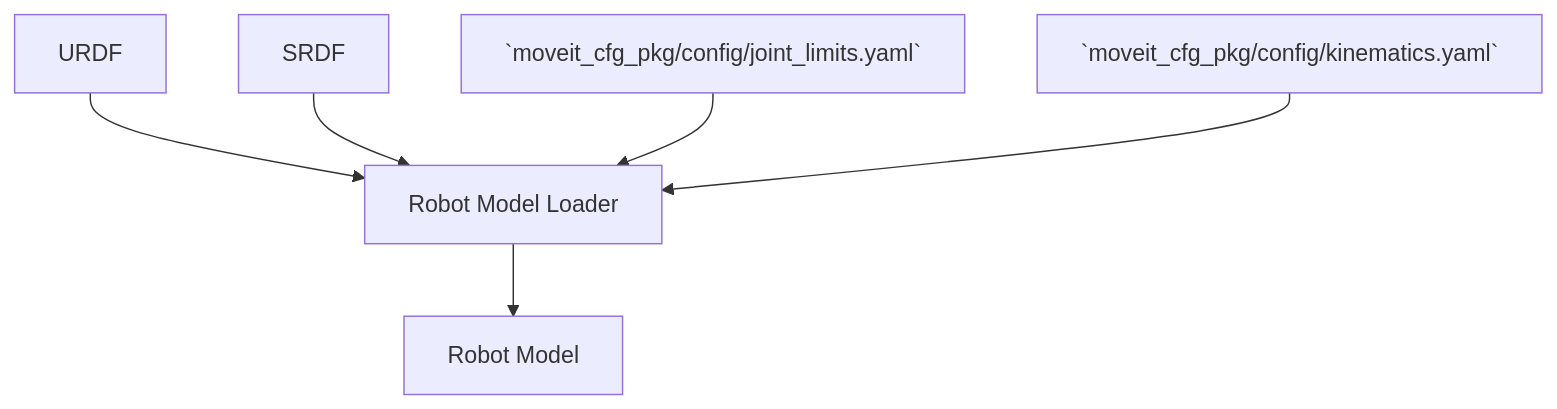
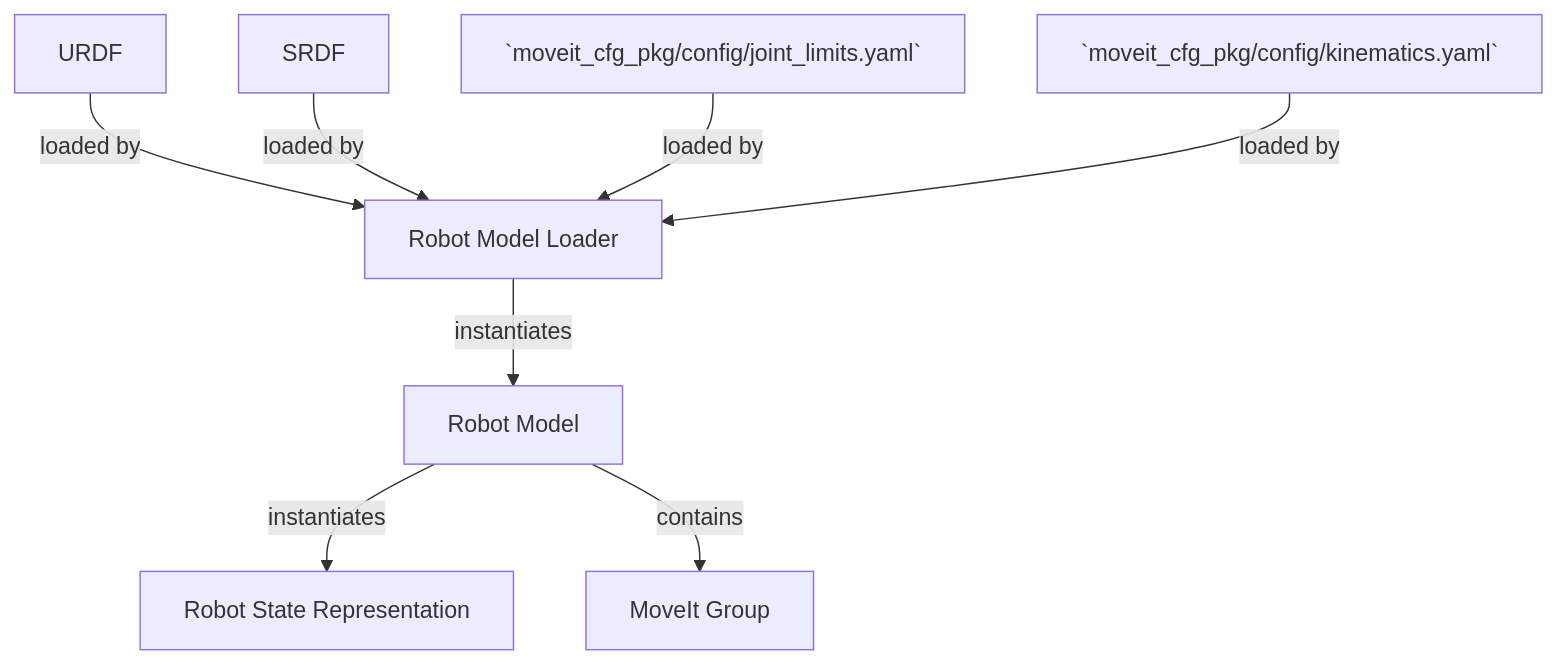
The diagram in 01_robot_model_and_kinematics/readme.md (rafaelrojasmiliani/moveit_tutorial), drawn with Mermaid before and after one commit. The commit also changed other lines of this file and 2 other files, not shown here.

````diff
--- a/01_robot_model_and_kinematics/readme.md
+++ b/01_robot_model_and_kinematics/readme.md
@@ -24,8 +25,10 @@
 ```mermaid
 graph TD;
-    URDF --> RML[Robot Model Loader];
-    SRDF --> RML;
-    J[`moveit_cfg_pkg/config/joint_limits.yaml`] --> RML;
-    K[`moveit_cfg_pkg/config/kinematics.yaml`] --> RML;
-    RML --> RM[Robot Model];
+    URDF -- loaded by --> RML[Robot Model Loader];
+    SRDF -- loaded by --> RML;
+    J[`moveit_cfg_pkg/config/joint_limits.yaml`] -- loaded by --> RML;
+    K[`moveit_cfg_pkg/config/kinematics.yaml`] -- loaded by --> RML;
+    RML -- instantiates --> RM[Robot Model];
+    RM -- instantiates --> RS[Robot State Representation];
+    RM -- contains --> MG[MoveIt Group];
 ```
````
